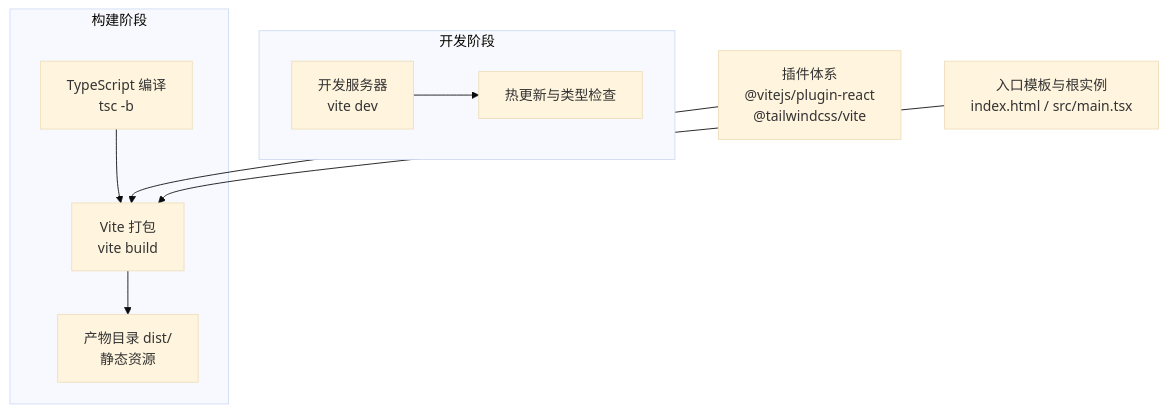
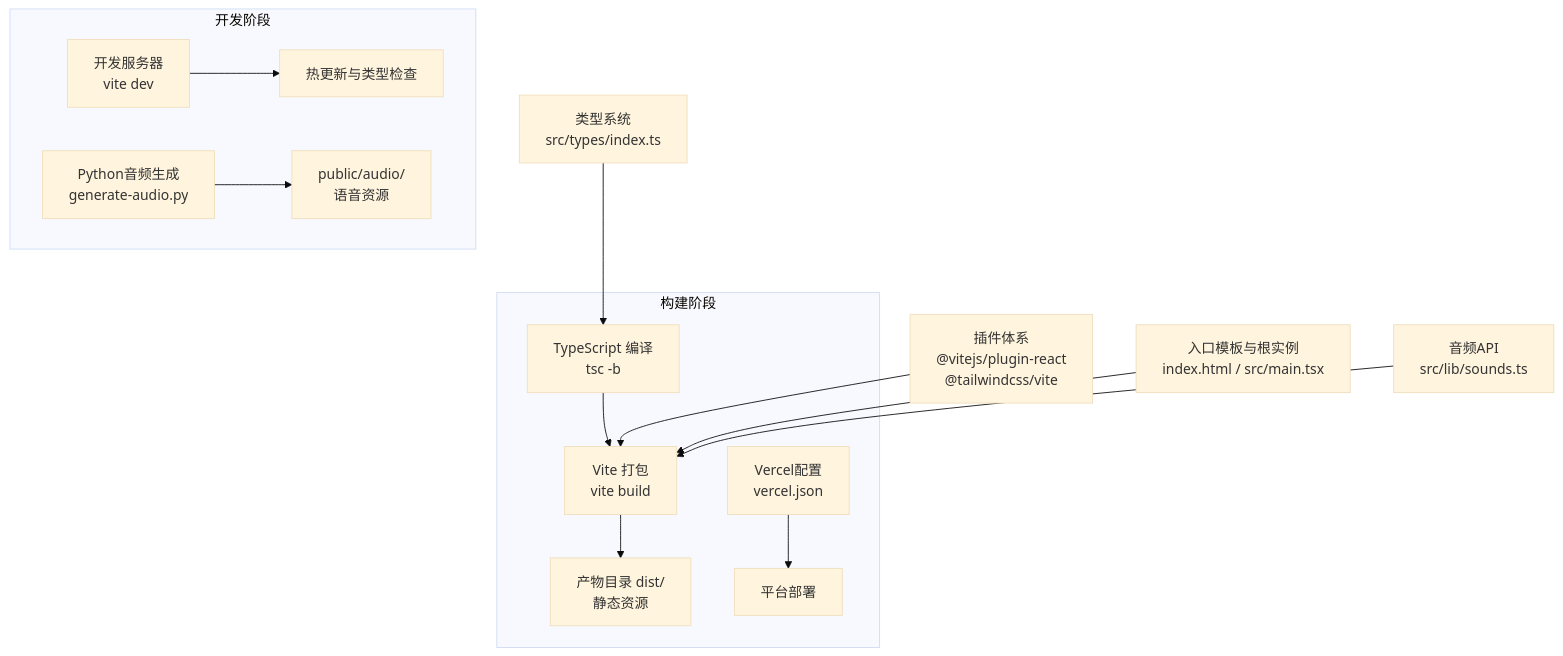
One commit to wudeng2005/rainbow-learning changed the second of 3 diagrams in .qoder/repowiki/zh/content/构建与部署.md. Above: the diagram before and after it, drawn with Mermaid (base theme). The commit also changed other lines of this file and 55 other files, not shown here.

````diff
--- a/.qoder/repowiki/zh/content/构建与部署.md
+++ b/.qoder/repowiki/zh/content/构建与部署.md
@@ -85,12 +121,16 @@
 ```mermaid
 graph TB
 subgraph "开发阶段"
 H["开发服务器<br/>vite dev"] --> I["热更新与类型检查"]
+J["Python音频生成<br/>generate-audio.py"] --> K["public/audio/<br/>语音资源"]
 end
 subgraph "构建阶段"
-J["TypeScript 编译<br/>tsc -b"] --> K["Vite 打包<br/>vite build"]
-K --> L["产物目录 dist/<br/>静态资源"]
+L["TypeScript 编译<br/>tsc -b"] --> M["Vite 打包<br/>vite build"]
+M --> N["产物目录 dist/<br/>静态资源"]
+O["Vercel配置<br/>vercel.json"] --> P["平台部署"]
 end
-M["插件体系<br/>@vitejs/plugin-react<br/>@tailwindcss/vite"] --> K
-N["入口模板与根实例<br/>index.html / src/main.tsx"] --> K
+Q["插件体系<br/>@vitejs/plugin-react<br/>@tailwindcss/vite"] --> M
+R["入口模板与根实例<br/>index.html / src/main.tsx"] --> M
+S["类型系统<br/>src/types/index.ts"] --> L
+T["音频API<br/>src/lib/sounds.ts"] --> M
 ```
````
